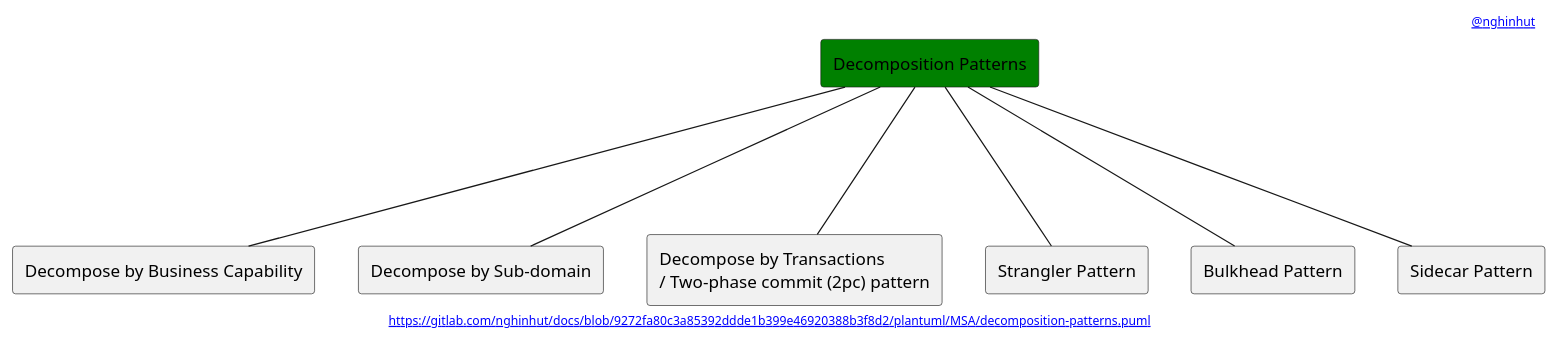
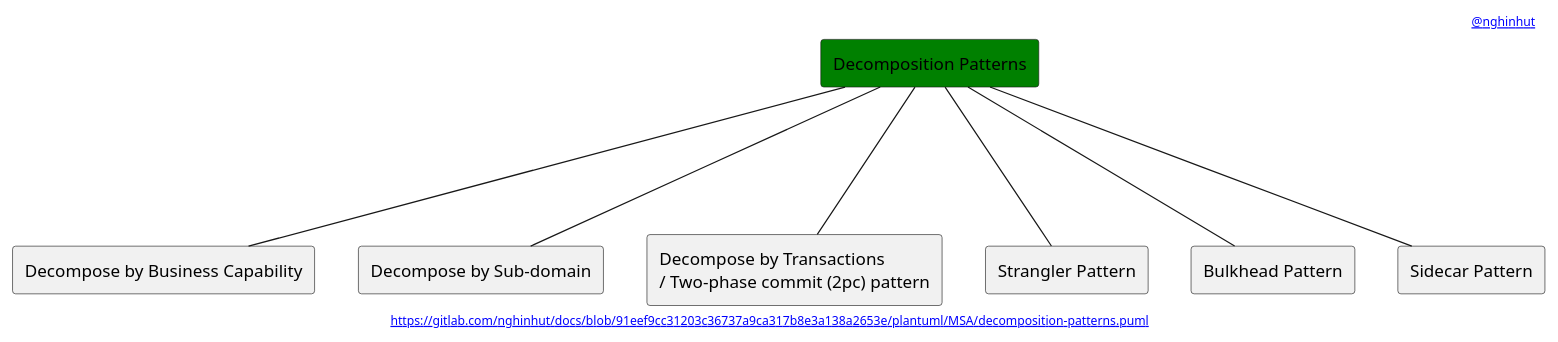
The diagram in plantuml/MSA/decomposition-patterns.puml (nghinhut/docs), drawn with PlantUML before and after one commit. The commit also changed 24 other files, not shown here.

Commit message:
docs(plantuml): update headers

```diff
--- a/plantuml/MSA/decomposition-patterns.puml
+++ b/plantuml/MSA/decomposition-patterns.puml
@@ -1,22 +1,22 @@
 @startuml
 '-----START auto generated metadata please keep comment here to allow auto update-----
 '-----DON'T EDIT THIS SECTION, INSTEAD RE-RUN prebuild.sh TO UPDATE-----
-header [[https://www.nghinhut.dev?from=http%5C%3A%5C%2F%5C%2Fwww%5C.plantuml%5C.com%5C%2Fplantuml%5C%2Fproxy%3Ffmt%3Dsvg%5C%26src%3Dhttps%5C%3A%5C%2F%5C%2Fgitlab%5C.com%5C%2Fnghinhut%5C%2Fdocs%5C%2Fraw%5C%2F9272fa80c3a85392ddde1b399e46920388b3f8d2%5C%2Fplantuml%5C%2FMSA%5C%2Fdecomposition-patterns%5C.puml%0A @nghinhut]]
-footer [[http://www.plantuml.com/plantuml/proxy?fmt=svg&src=https://gitlab.com/nghinhut/docs/raw/9272fa80c3a85392ddde1b399e46920388b3f8d2/plantuml/MSA/decomposition-patterns.puml https://gitlab.com/nghinhut/docs/blob/9272fa80c3a85392ddde1b399e46920388b3f8d2/plantuml/MSA/decomposition-patterns.puml]]
+header [[https://www.nghinhut.dev?from=http%5C%3A%5C%2F%5C%2Fwww%5C.plantuml%5C.com%5C%2Fplantuml%5C%2Fproxy%3Ffmt%3Dsvg%5C%26src%3Dhttps%5C%3A%5C%2F%5C%2Fgitlab%5C.com%5C%2Fnghinhut%5C%2Fdocs%5C%2Fraw%5C%2F91eef9cc31203c36737a9ca317b8e3a138a2653e%5C%2Fplantuml%5C%2FMSA%5C%2Fdecomposition-patterns%5C.puml%0A @nghinhut]]
+footer [[http://www.plantuml.com/plantuml/proxy?fmt=svg&src=https://gitlab.com/nghinhut/docs/raw/91eef9cc31203c36737a9ca317b8e3a138a2653e/plantuml/MSA/decomposition-patterns.puml https://gitlab.com/nghinhut/docs/blob/91eef9cc31203c36737a9ca317b8e3a138a2653e/plantuml/MSA/decomposition-patterns.puml]]
 '-----END auto generated metadata please keep comment here to allow auto update-----
 
 rectangle "Decomposition Patterns" as Decomposition #green
 
 rectangle "Decompose by Business Capability" as DecompositionP1
 rectangle "Decompose by Sub-domain" as DecompositionP2
 rectangle "Decompose by Transactions\n/ Two-phase commit (2pc) pattern" as DecompositionP3
 rectangle "Strangler Pattern" as DecompositionP4
 rectangle "Bulkhead Pattern" as DecompositionP5
 rectangle "Sidecar Pattern" as DecompositionP6
 Decomposition --- DecompositionP1
 Decomposition --- DecompositionP2
 Decomposition --- DecompositionP3
 Decomposition --- DecompositionP4
 Decomposition --- DecompositionP5
 Decomposition --- DecompositionP6
 @enduml
```
